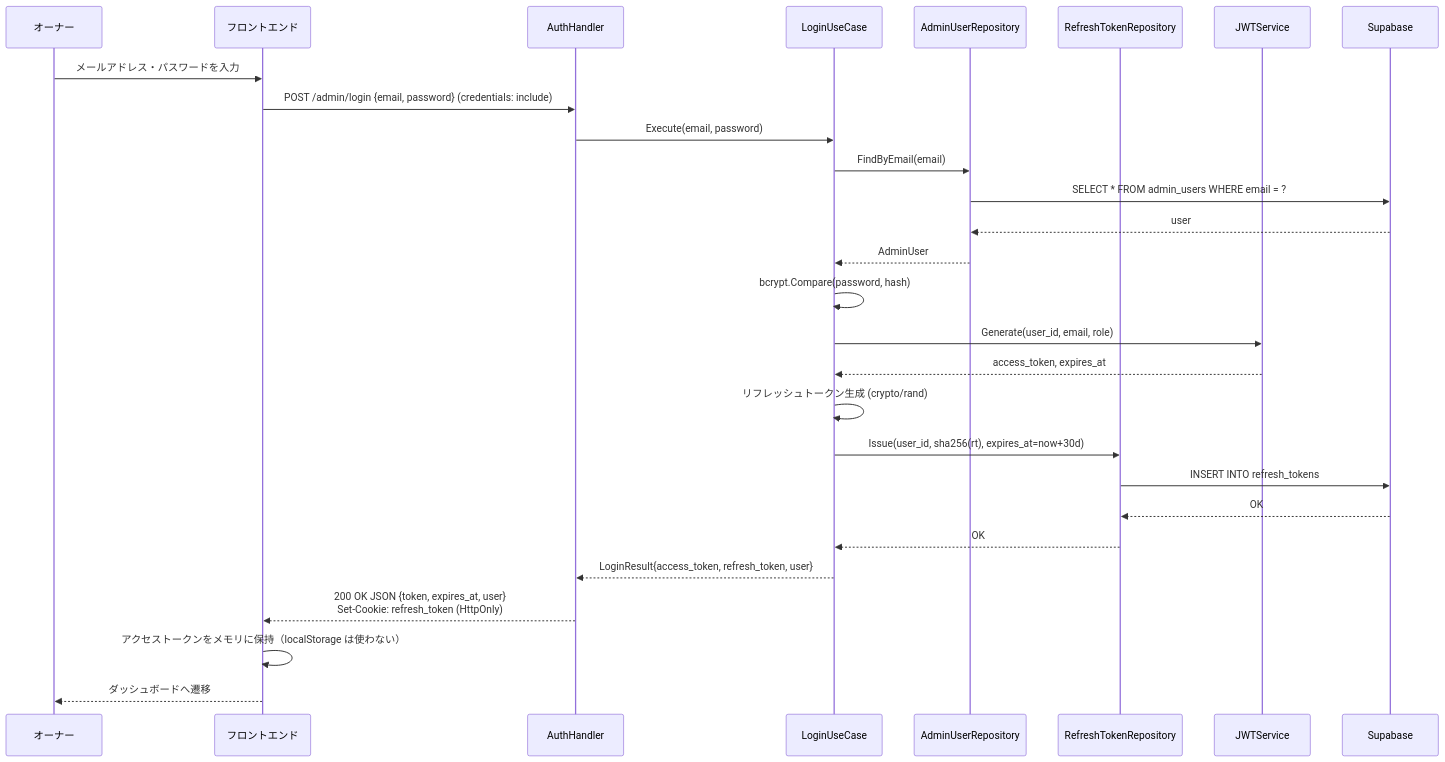
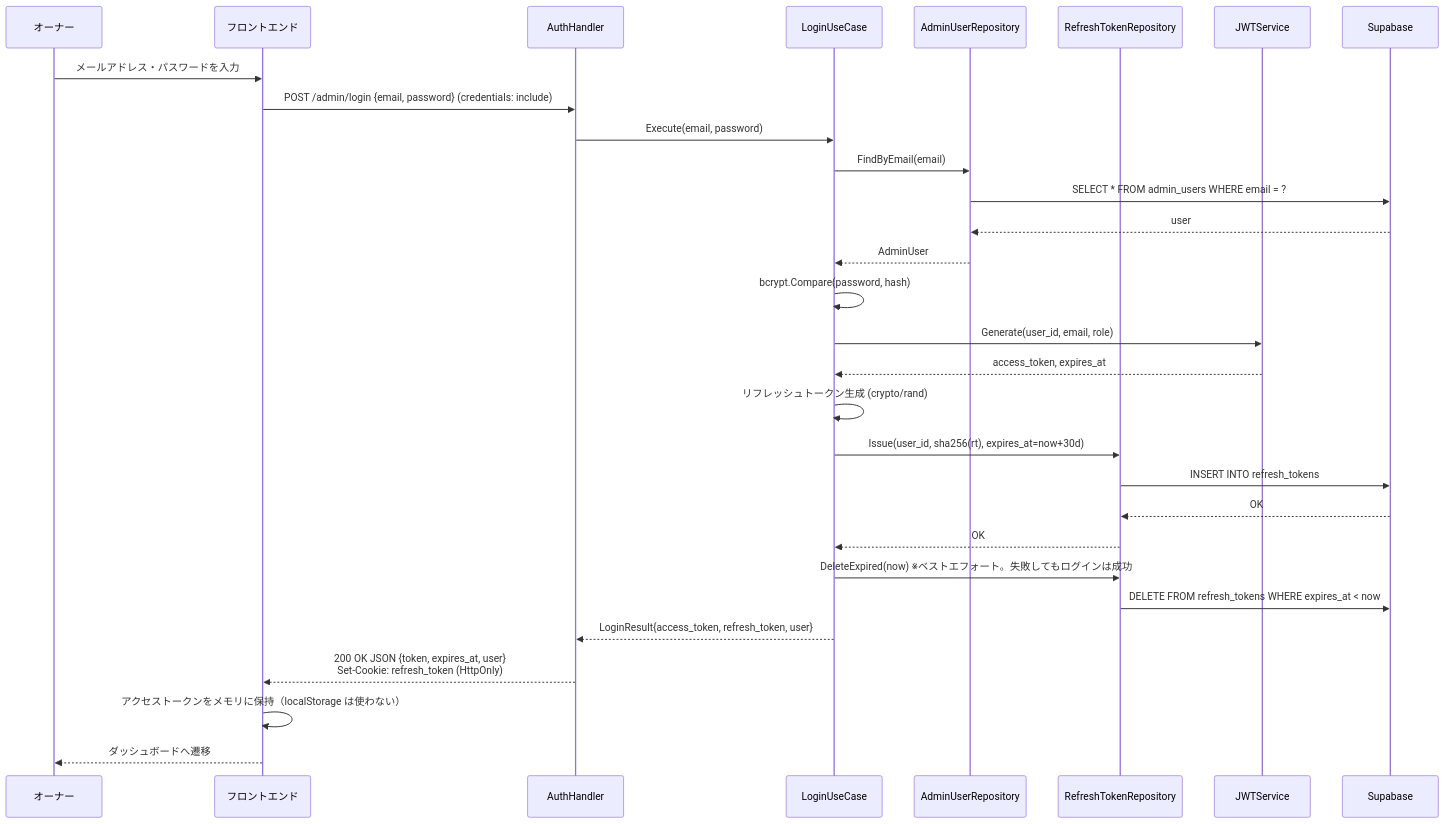
The fourth of 15 diagrams in docs/sequence.md (cergijame101007/satehits), drawn with Mermaid before and after one commit. The commit also changed 12 other files, not shown here.

First line of the commit message:
feat: 期限切れ refresh_tokens をログイン成功時に削除する (#32)

````diff
--- a/docs/sequence.md
+++ b/docs/sequence.md
@@ -130,35 +130,37 @@
 ```mermaid
 sequenceDiagram
     participant Owner as オーナー
     participant Frontend as フロントエンド
     participant Handler as AuthHandler
     participant UseCase as LoginUseCase
     participant AdminUserRepo as AdminUserRepository
     participant RefreshRepo as RefreshTokenRepository
     participant JWT as JWTService
     participant DB as Supabase
 
     Owner->>Frontend: メールアドレス・パスワードを入力
     Frontend->>Handler: POST /admin/login {email, password} (credentials: include)
     
     Handler->>UseCase: Execute(email, password)
     
     UseCase->>AdminUserRepo: FindByEmail(email)
     AdminUserRepo->>DB: SELECT * FROM admin_users WHERE email = ?
     DB-->>AdminUserRepo: user
     AdminUserRepo-->>UseCase: AdminUser
     
     UseCase->>UseCase: bcrypt.Compare(password, hash)
     UseCase->>JWT: Generate(user_id, email, role)
     JWT-->>UseCase: access_token, expires_at
     UseCase->>UseCase: リフレッシュトークン生成 (crypto/rand)
     UseCase->>RefreshRepo: Issue(user_id, sha256(rt), expires_at=now+30d)
     RefreshRepo->>DB: INSERT INTO refresh_tokens
     DB-->>RefreshRepo: OK
     RefreshRepo-->>UseCase: OK
+    UseCase->>RefreshRepo: DeleteExpired(now) ※ベストエフォート。失敗してもログインは成功
+    RefreshRepo->>DB: DELETE FROM refresh_tokens WHERE expires_at < now
     
     UseCase-->>Handler: LoginResult{access_token, refresh_token, user}
     Handler-->>Frontend: 200 OK JSON {token, expires_at, user}<br/>Set-Cookie: refresh_token (HttpOnly)
     Frontend->>Frontend: アクセストークンをメモリに保持（localStorage は使わない）
     Frontend-->>Owner: ダッシュボードへ遷移
 ```
````
